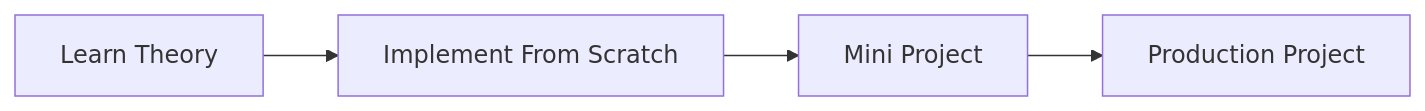
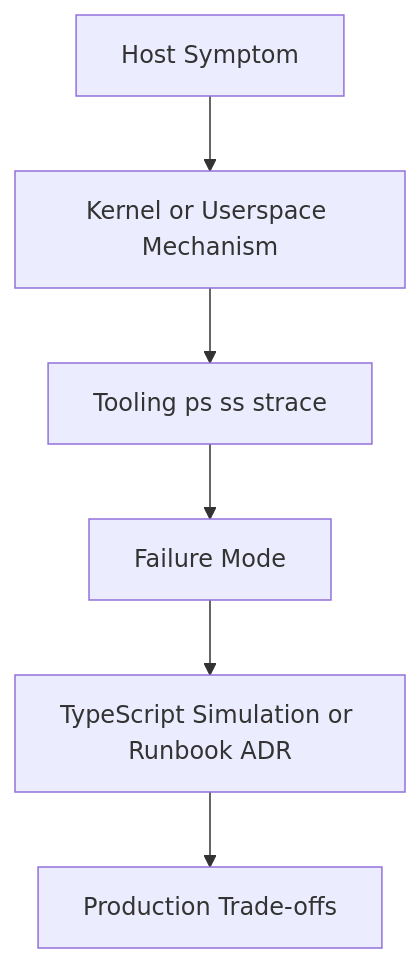
Before and after one commit to navdeeps120/Software-Engineering-Bible: the first of 2 diagrams in 10-Linux/README.md, drawn with Mermaid. The commit also changed other lines of this file and 394 other files, not shown here.

Commit message:
Expand curriculum with complete Linux and System Design tracks, adding TypeScript labs, exercise sets, and mini projects. Update README and ROADMAP to reflect progress towards Phase 4, and revise references for improved clarity and accuracy.

````diff
--- a/10-Linux/README.md
+++ b/10-Linux/README.md
@@ -14,6 +37,8 @@
 ```mermaid
-flowchart LR
-    A[Learn Theory] --> B[Implement From Scratch]
-    B --> C[Mini Project]
-    C --> D[Production Project]
+flowchart TD
+    Symptom[Host Symptom] --> Mech[Kernel or Userspace Mechanism]
+    Mech --> Tool[Tooling ps ss strace]
+    Tool --> Fail[Failure Mode]
+    Fail --> Sim[TypeScript Simulation or Runbook ADR]
+    Sim --> Ops[Production Trade-offs]
 ```
````
